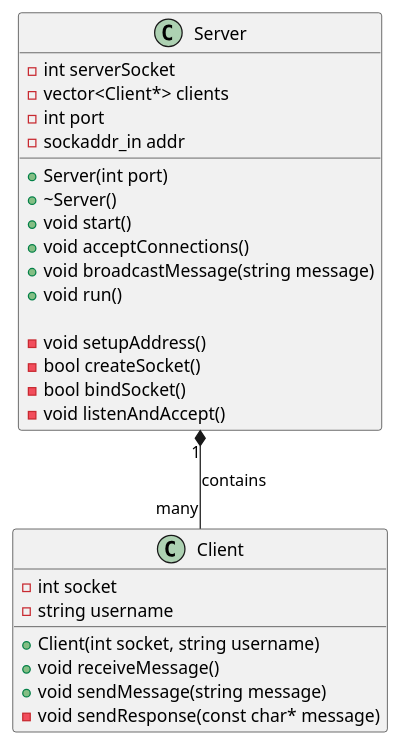
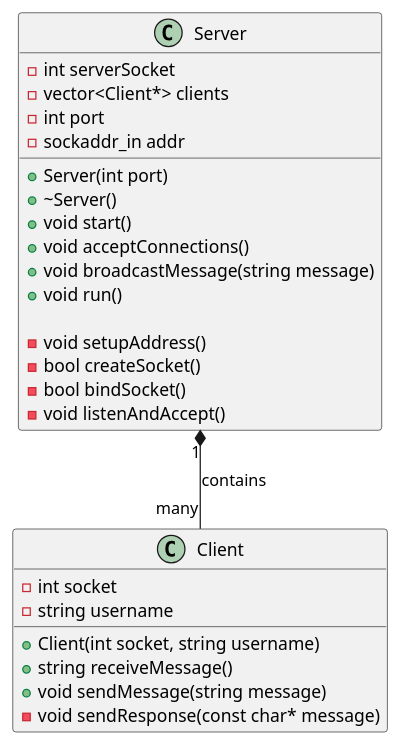
Before and after one commit to thelenlucas/370-Class-Project: the diagram in modeling/serverdiagram.puml, drawn with PlantUML. The commit also changed 2 other files, not shown here.

```diff
--- a/modeling/serverdiagram.puml
+++ b/modeling/serverdiagram.puml
@@ -1,34 +1,34 @@
 @startuml Sever Class Diagram
 
 class Server {
     - int serverSocket
     - vector<Client*> clients
     - int port
     - sockaddr_in addr
 
     + Server(int port)
     + ~Server()
     + void start()
     + void acceptConnections()
     + void broadcastMessage(string message)
     + void run()
 
     - void setupAddress()
     - bool createSocket()
     - bool bindSocket()
     - void listenAndAccept()
 }
 
 class Client {
     - int socket
     - string username
 
     + Client(int socket, string username)
-    + void receiveMessage()
+    + string receiveMessage()
     + void sendMessage(string message)
     - void sendResponse(const char* message)
 }
 
 Server "1" *-- "many" Client : contains
 
 @enduml
```
